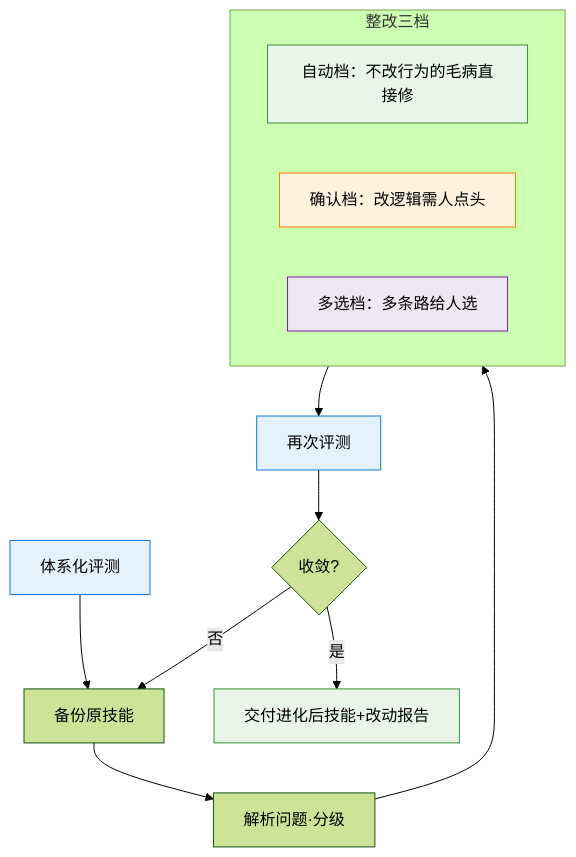
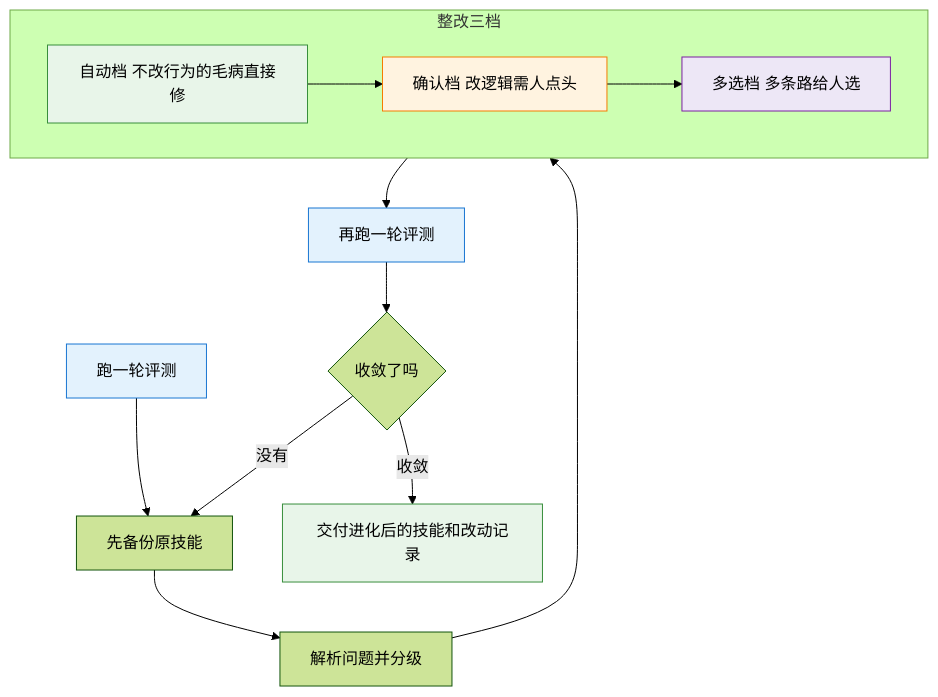
Before and after one commit to huanggq26/skill-evaluator: diagram 13 of 14 in references/skill-evaluation-system.md, drawn with Mermaid (forest theme). The commit also changed other lines of this file, not shown here.

````diff
--- a/references/skill-evaluation-system.md
+++ b/references/skill-evaluation-system.md
@@ -364,21 +438,19 @@
 ```mermaid
 flowchart TB
-    评[体系化评测] --> 备[备份原技能]
-    备 --> 分[解析问题·分级]
-    分 --> 改[分级整改]
-    改 --> 再评[再次评测]
-    再评 --> 判{收敛?}
-    判 -->|否| 备
-    判 -->|是| 终[交付进化后技能+改动报告]
+    评[跑一轮评测] --> 备[先备份原技能]
+    备 --> 分[解析问题并分级]
+    分 --> 改[按档整改]
+    改 --> 再评[再跑一轮评测]
+    再评 --> 判4{收敛了吗}
+    判4 -->|没有| 备
+    判4 -->|收敛| 终[交付进化后的技能和改动记录]
     subgraph 改[整改三档]
-        改0[自动档：不改行为的毛病直接修]
-        改1[确认档：改逻辑需人点头]
-        改2[多选档：多条路给人选]
+        改0[自动档 不改行为的毛病直接修] --> 改1[确认档 改逻辑需人点头] --> 改2[多选档 多条路给人选]
     end
     style 评 fill:#e3f2fd,stroke:#1976d2
     style 再评 fill:#e3f2fd,stroke:#1976d2
     style 终 fill:#e8f5e9,stroke:#388e3c
     style 改0 fill:#e8f5e9,stroke:#388e3c
     style 改1 fill:#fff3e0,stroke:#f57c00
     style 改2 fill:#ede7f6,stroke:#7b1fa2
 ```
````
